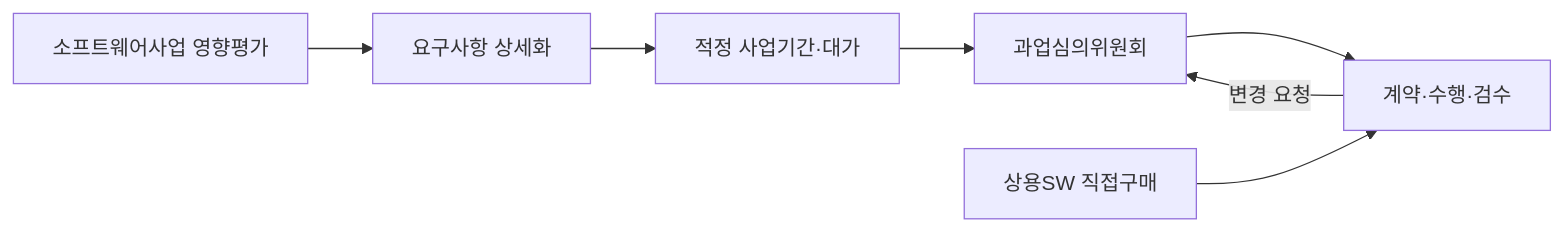
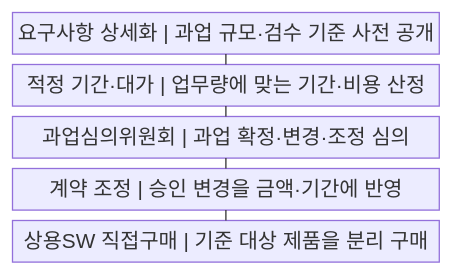
Before and after one commit to agnusdei1207/knowledge-base: the first of 2 diagrams in src/content/docs/notes/03-software/227_software_promotion_act.md, drawn with Mermaid. The commit also changed other lines of this file and 20 other files, not shown here.

````diff
--- a/src/content/docs/notes/03-software/227_software_promotion_act.md
+++ b/src/content/docs/notes/03-software/227_software_promotion_act.md
@@ -54,9 +54,13 @@
 ```mermaid
-flowchart LR
-    A["소프트웨어사업 영향평가"] --> B["요구사항 상세화"]
-    B --> C["적정 사업기간·대가"]
-    C --> D["과업심의위원회"]
-    D --> E["계약·수행·검수"]
-    E -->|변경 요청| D
-    F["상용SW 직접구매"] --> E
+block
+    columns 1
+    A["요구사항 상세화 | 과업 규모·검수 기준 사전 공개"]
+    B["적정 기간·대가 | 업무량에 맞는 기간·비용 산정"]
+    C["과업심의위원회 | 과업 확정·변경·조정 심의"]
+    D["계약 조정 | 승인 변경을 금액·기간에 반영"]
+    E["상용SW 직접구매 | 기준 대상 제품을 분리 구매"]
+    A --- B
+    B --- C
+    C --- D
+    D --- E
 ```
````
